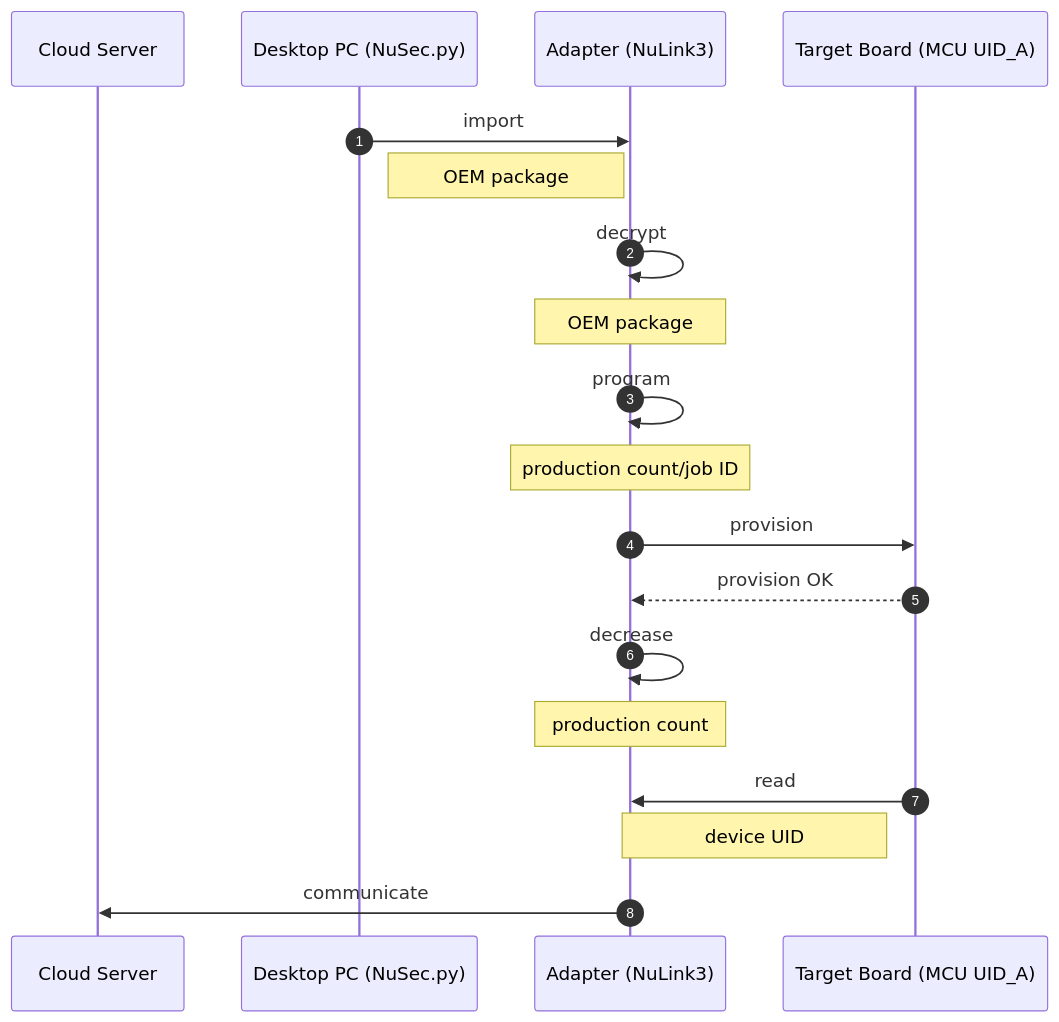
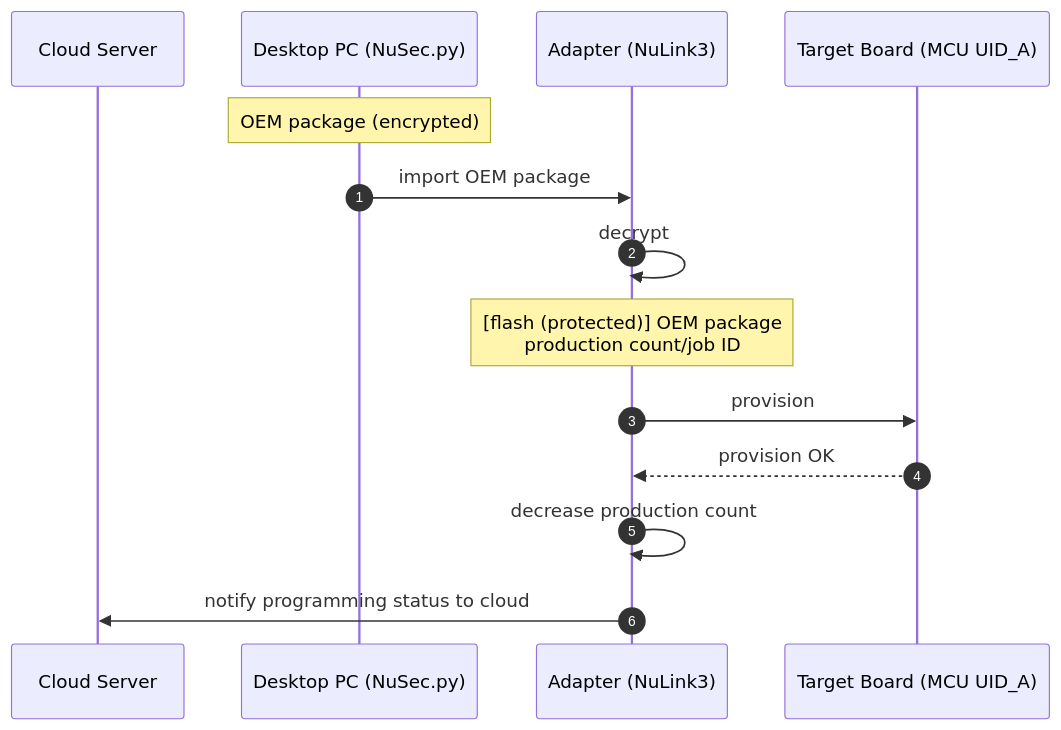
One commit to ccma1120/NuSEC_System changed the diagram in 3. oem_package_import.md. Above: the diagram before and after it, drawn with Mermaid.

Commit message:
Update 3. oem_package_import.md

````diff
--- a/3. oem_package_import.md
+++ b/3. oem_package_import.md
@@ -1,21 +1,16 @@
 ```mermaid
 sequenceDiagram
     autonumber
 	participant c as Cloud Server
 	participant d as Desktop PC (NuSec.py)
 	participant a as Adapter (NuLink3)
 	participant t as Target Board (MCU UID_A)
-    d ->> a: import
-    note right of d: OEM package
+    note over d: OEM package (encrypted)
+    d ->> a: import OEM package
     a ->> a: decrypt
-    note over a: OEM package
-    a ->> a: program
-    note over a: production count/job ID
+    note over a: [flash (protected)] OEM package <br/>production count/job ID
     a ->> t: provision
     t-->> a: provision OK
-    a ->> a: decrease
-    note over a: production count
-    t ->> a: read
-    note left of t: device UID
-    a ->> c: communicate
+    a ->> a: decrease production count
+    a ->> c: notify programming status to cloud
 ```
````
